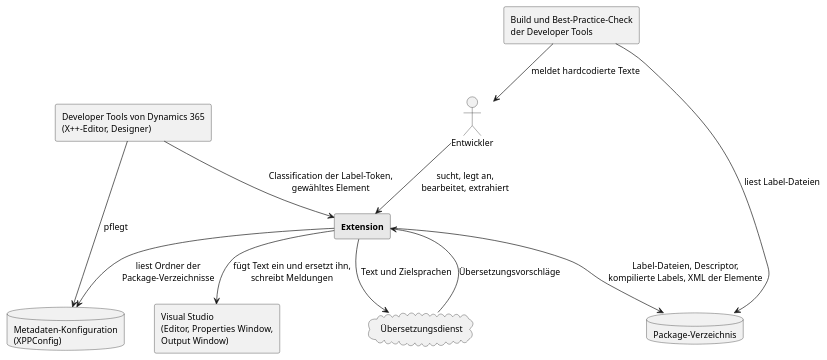
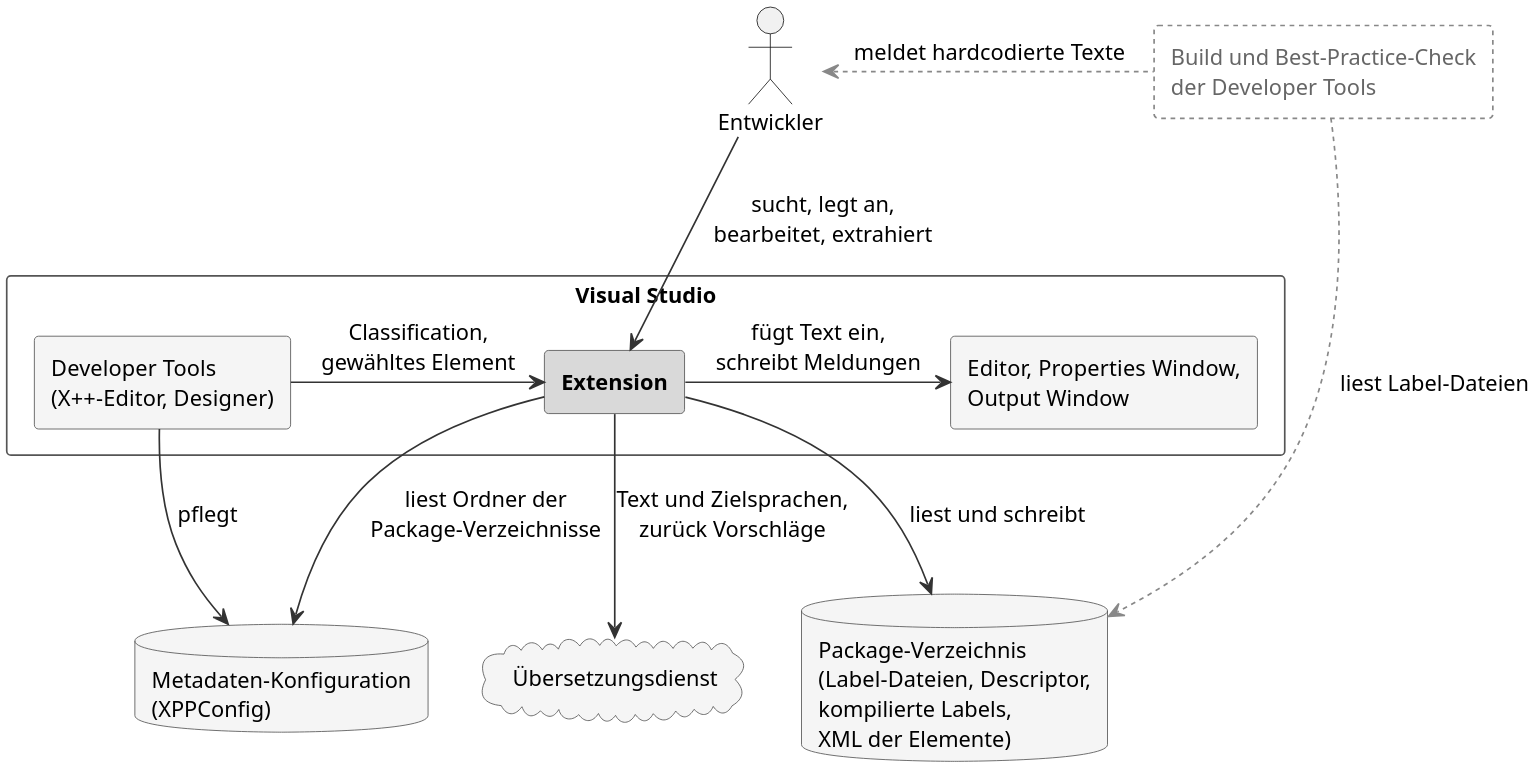
One commit to Adyrem/diploma-label-localization changed the diagram in documentation/diagrams/Kontextdiagramm.puml. Above: the diagram before and after it, drawn with PlantUML. The commit also changed 19 other files, not shown here.

Commit message:
Konzept überarbeitet: Festlegungen und fachliche Regeln verteilt, Diagramme kompakter, Sequenz zum Sprung, weniger Verweise, Aufwand AP5.3

```diff
--- a/documentation/diagrams/Kontextdiagramm.puml
+++ b/documentation/diagrams/Kontextdiagramm.puml
@@ -1,27 +1,52 @@
 @startuml
 ' Kontext der Extension: Benutzer, Host und Nachbarsysteme.
+' Visual Studio als Rahmen, Ablagen und Dienst darunter, der Build
+' ausserhalb der Systemgrenze gestrichelt.
 ' Rendern: plantuml -tpng -charset UTF-8 Kontextdiagramm.puml
+' Höhere Auflösung, damit das Bild im PDF scharf bleibt.
+skinparam dpi 240
 
 skinparam defaultFontSize 13
 skinparam shadowing false
+skinparam ArrowColor #333333
+skinparam rectangle {
+  BackgroundColor #F5F5F5
+  BorderColor #555555
+}
+skinparam database {
+  BackgroundColor #F5F5F5
+  BorderColor #555555
+}
+skinparam cloud {
+  BackgroundColor #F5F5F5
+  BorderColor #555555
+}
 
 actor "Entwickler" as DEV
-rectangle "**Extension**" as EXT #E8E8E8
-rectangle "Visual Studio\n(Editor, Properties Window,\nOutput Window)" as VS
-rectangle "Developer Tools von Dynamics 365\n(X++-Editor, Designer)" as D365
-rectangle "Build und Best-Practice-Check\nder Developer Tools" as BUILD
-database "Package-Verzeichnis" as PKG
+rectangle "Build und Best-Practice-Check\nder Developer Tools" as BUILD #FFFFFF;line:888888;line.dashed;text:666666
+
+rectangle "Visual Studio" as VSF #FFFFFF {
+  rectangle "Developer Tools\n(X++-Editor, Designer)" as DT
+  rectangle "**Extension**" as EXT #D9D9D9
+  rectangle "Editor, Properties Window,\nOutput Window" as VS
+}
+
 database "Metadaten-Konfiguration\n(XPPConfig)" as CFG
 cloud "Übersetzungsdienst" as SVC
+database "Package-Verzeichnis\n(Label-Dateien, Descriptor,\nkompilierte Labels,\nXML der Elemente)" as PKG
+
+' Reihenfolge innerhalb der Zeilen festlegen
+DEV -[hidden]right- BUILD
+CFG -[hidden]right- SVC
+SVC -[hidden]right- PKG
 
 DEV --> EXT : sucht, legt an,\nbearbeitet, extrahiert
-EXT --> VS : fügt Text ein und ersetzt ihn,\nschreibt Meldungen
-D365 --> EXT : Classification der Label-Token,\ngewähltes Element
-EXT --> PKG : Label-Dateien, Descriptor,\nkompilierte Labels, XML der Elemente
+DT -right-> EXT : Classification,\ngewähltes Element
+EXT -right-> VS : fügt Text ein,\nschreibt Meldungen
+DT --> CFG : pflegt
 EXT --> CFG : liest Ordner der\nPackage-Verzeichnisse
-D365 --> CFG : pflegt
-EXT --> SVC : Text und Zielsprachen
-SVC --> EXT : Übersetzungsvorschläge
-BUILD --> PKG : liest Label-Dateien
-BUILD --> DEV : meldet hardcodierte Texte
+EXT --> SVC : Text und Zielsprachen,\nzurück Vorschläge
+EXT --> PKG : liest und schreibt
+BUILD ..> PKG #888888 : liest Label-Dateien
+BUILD .left.> DEV #888888 : meldet hardcodierte Texte
 @enduml
```
